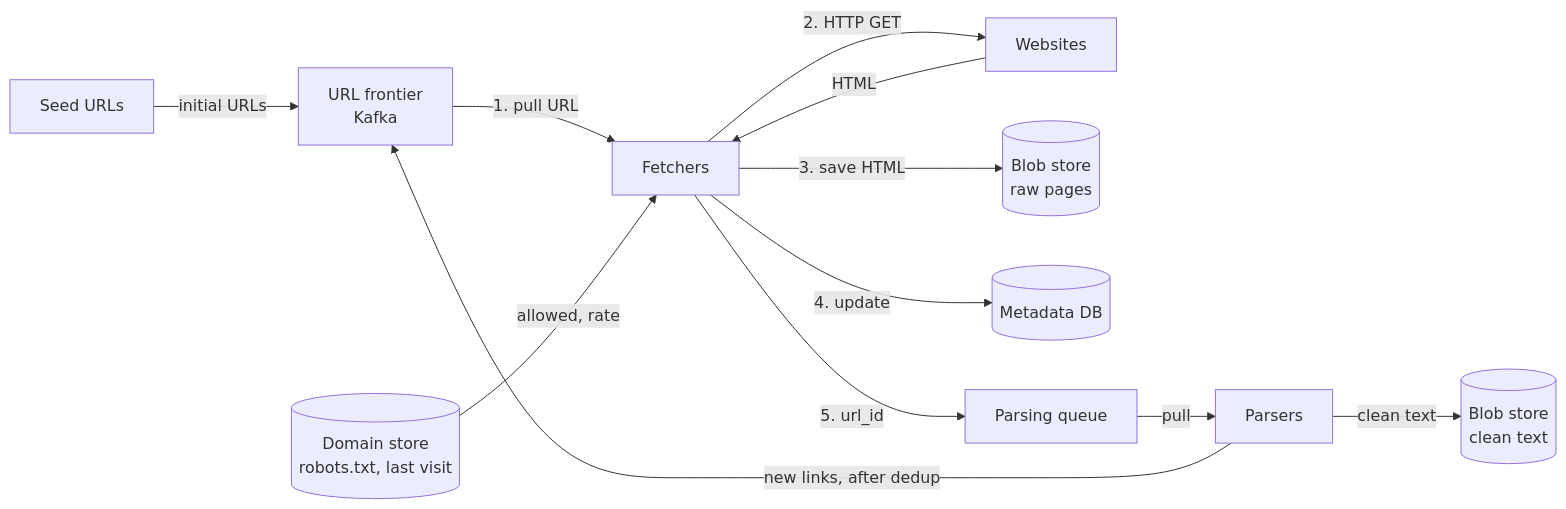
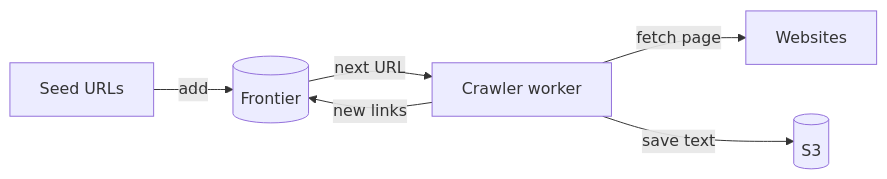
One commit to aaryan-pradhan/core-cs-fundamentals changed the first of 2 diagrams in hld/30-web-crawler.md. Above: the diagram before and after it, drawn with Mermaid. The commit also changed other lines of this file, not shown here.

````diff
--- a/hld/30-web-crawler.md
+++ b/hld/30-web-crawler.md
@@ -60,14 +46,8 @@
 ```mermaid
 flowchart LR
-    SEED["Seed URLs"] -->|"initial URLs"| F["URL frontier<br/>Kafka"]
-    F -->|"1. pull URL"| FE["Fetchers"]
-    DS[("Domain store<br/>robots.txt, last visit")] -->|"allowed, rate"| FE
-    FE -->|"2. HTTP GET"| W["Websites"]
-    W -->|"HTML"| FE
-    FE -->|"3. save HTML"| S3[("Blob store<br/>raw pages")]
-    FE -->|"4. update"| MD[("Metadata DB")]
-    FE -->|"5. url_id"| PQ["Parsing queue"]
-    PQ -->|"pull"| P["Parsers"]
-    P -->|"clean text"| TX[("Blob store<br/>clean text")]
-    P -->|"new links, after dedup"| F
+    SEED["Seed URLs"] -->|"add"| F[("Frontier")]
+    F -->|"next URL"| W["Crawler worker"]
+    W -->|"fetch page"| WEB["Websites"]
+    W -->|"save text"| S3[("S3")]
+    W -->|"new links"| F
 ```
````
